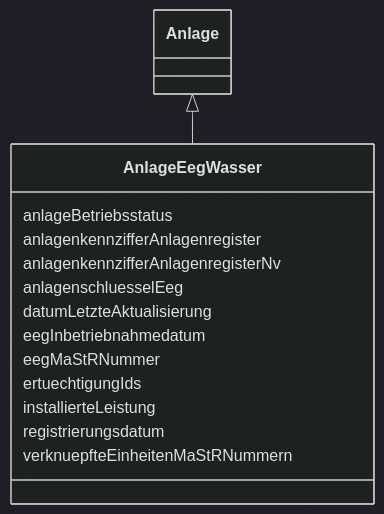
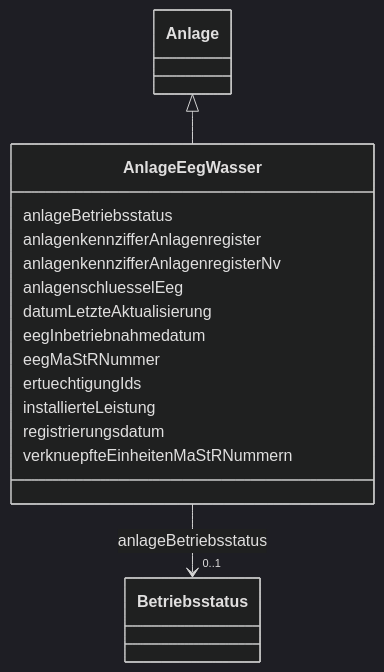
Before and after one commit to FlorianK13/mastr-model: the diagram in docs/schema/classes/AnlageEegWasser.md, drawn with Mermaid (dark theme). The commit also changed other lines of this file and 86 other files, not shown here.

````diff
--- a/docs/schema/classes/AnlageEegWasser.md
+++ b/docs/schema/classes/AnlageEegWasser.md
@@ -18,31 +18,40 @@
 ```mermaid
  classDiagram
     class AnlageEegWasser
     click AnlageEegWasser href "../../classes/AnlageEegWasser/"
       Anlage <|-- AnlageEegWasser
         click Anlage href "../../classes/Anlage/"
       
       AnlageEegWasser : anlageBetriebsstatus
+        
+          
+    
+        
+        
+        AnlageEegWasser --> "0..1" Betriebsstatus : anlageBetriebsstatus
+        click Betriebsstatus href "../../enums/Betriebsstatus/"
+    
+
         
       AnlageEegWasser : anlagenkennzifferAnlagenregister
         
       AnlageEegWasser : anlagenkennzifferAnlagenregisterNv
         
       AnlageEegWasser : anlagenschluesselEeg
         
       AnlageEegWasser : datumLetzteAktualisierung
         
       AnlageEegWasser : eegInbetriebnahmedatum
         
       AnlageEegWasser : eegMaStRNummer
         
       AnlageEegWasser : ertuechtigungIds
         
       AnlageEegWasser : installierteLeistung
         
       AnlageEegWasser : registrierungsdatum
         
       AnlageEegWasser : verknuepfteEinheitenMaStRNummern
         
       
 ```
````
